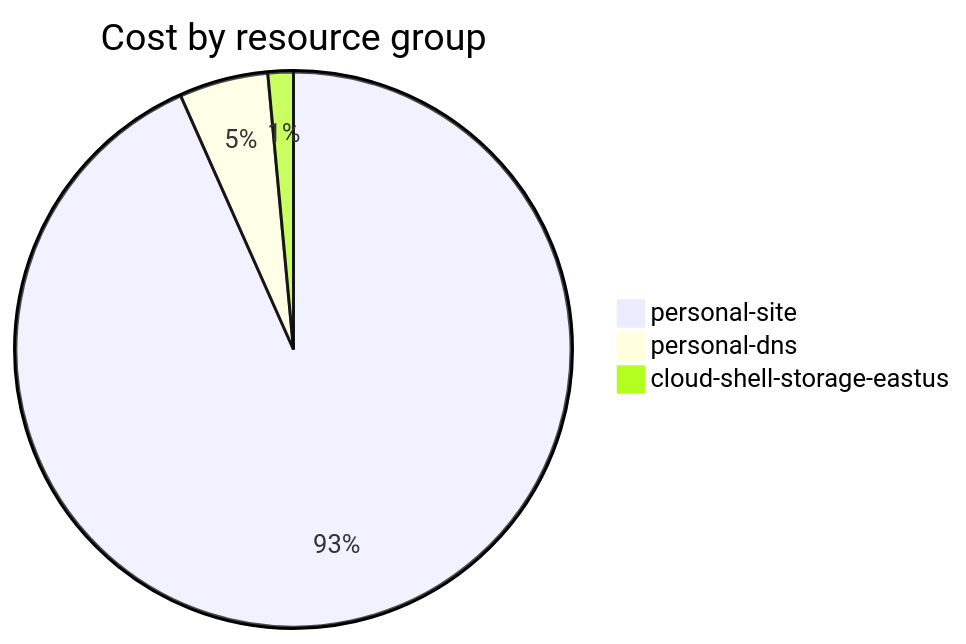
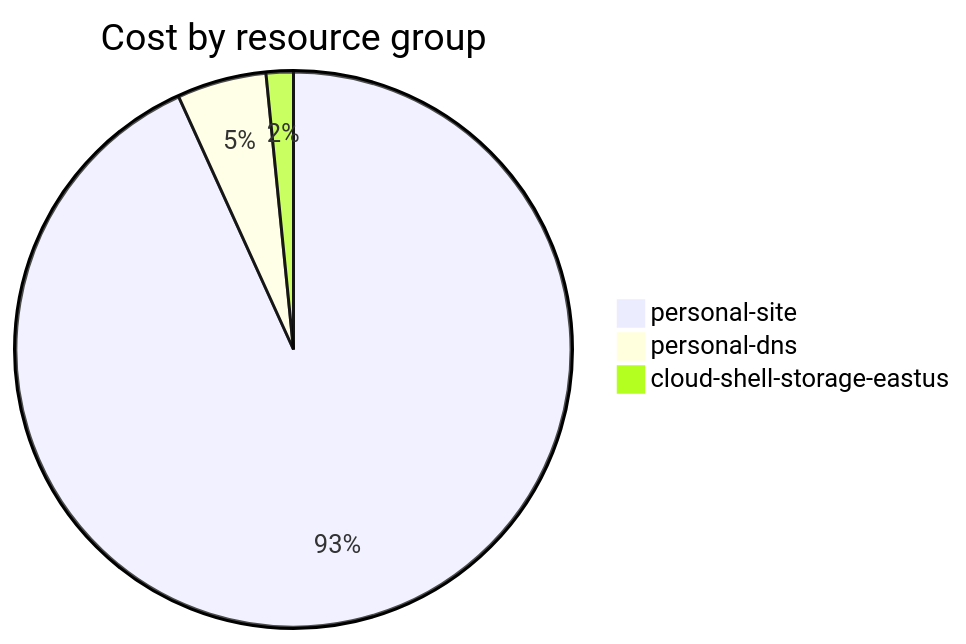
One commit to jpfulton/azure-personal-reports changed the fourth of 4 diagrams in cost-reports/accumulated-cost.md. Above: the diagram before and after it, drawn with Mermaid. The commit also changed other lines of this file and 4 other files, not shown here.

````diff
--- a/cost-reports/accumulated-cost.md
+++ b/cost-reports/accumulated-cost.md
@@ -143,7 +143,7 @@
 ```mermaid
 pie
    title Cost by resource group
-   "personal-site" : 7.57
-   "personal-dns" : 0.42
-   "cloud-shell-storage-eastus" : 0.12
+   "personal-site" : 8.24
+   "personal-dns" : 0.46
+   "cloud-shell-storage-eastus" : 0.14
 ```
````
